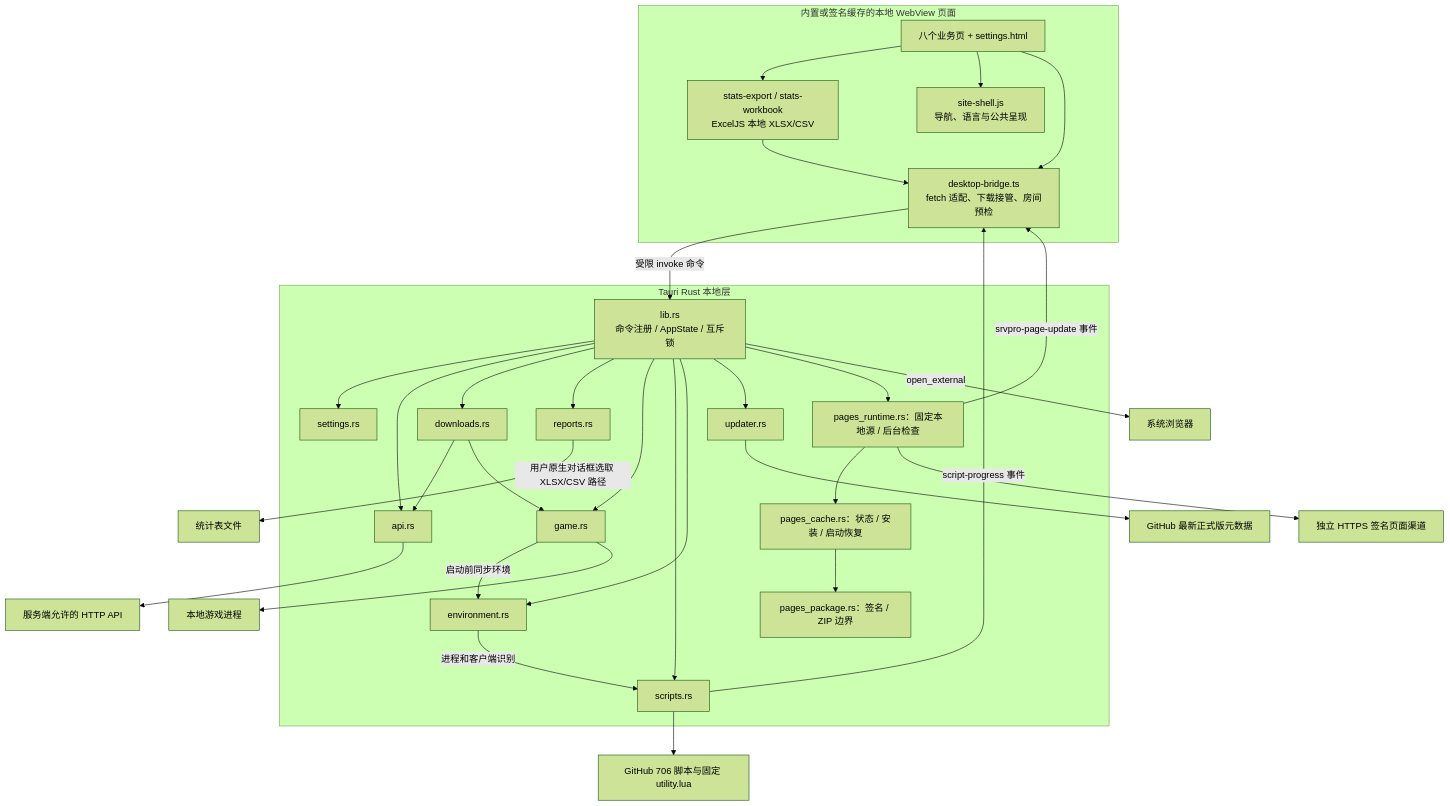
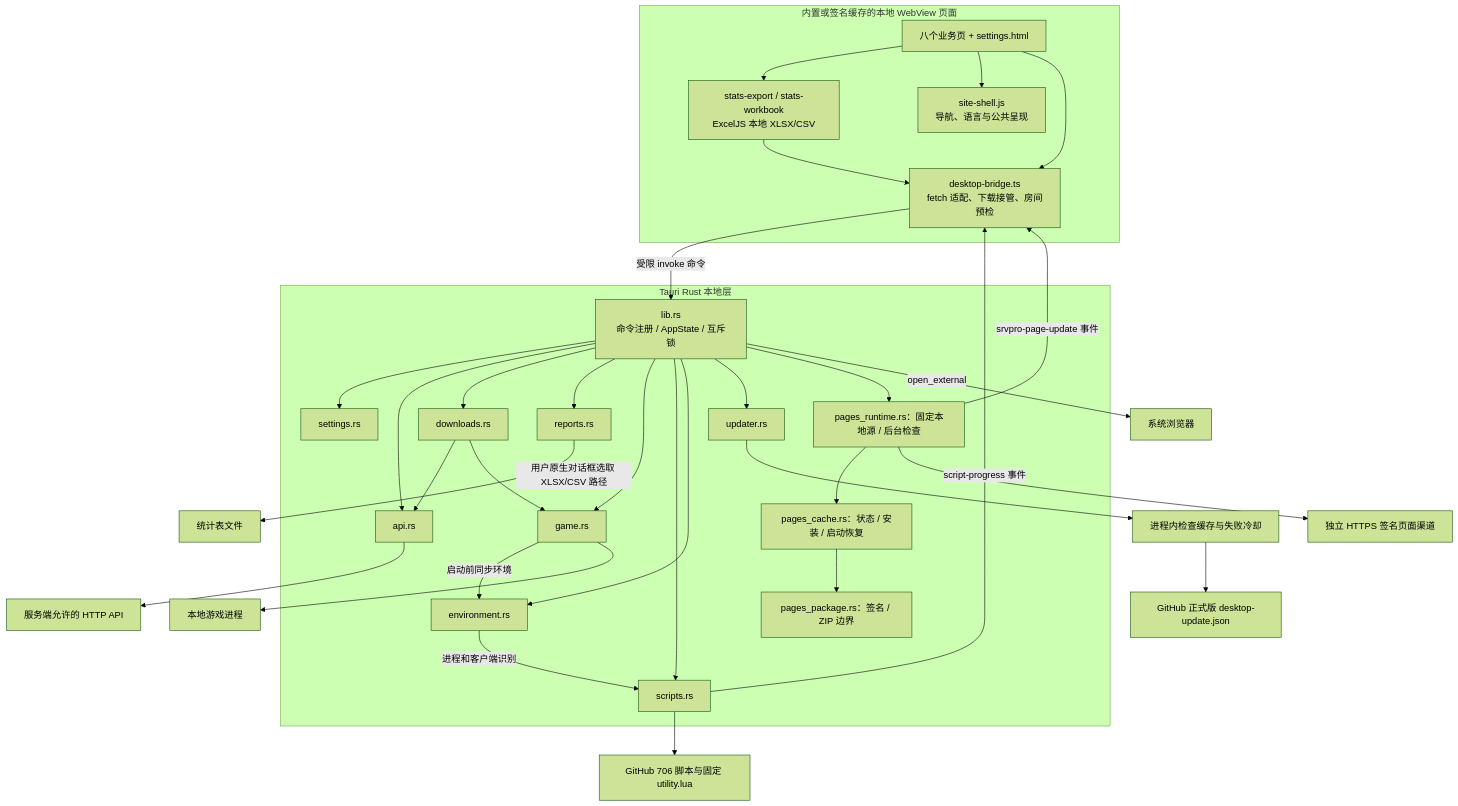
The second of 8 diagrams in docs/ARCHITECTURE.md (301zrg/srvprotianti-desktop), drawn with Mermaid (forest theme) before and after one commit. The commit also changed other lines of this file and 16 other files, not shown here.

Commit message:
Use static release manifests for desktop update checks

````diff
--- a/docs/ARCHITECTURE.md
+++ b/docs/ARCHITECTURE.md
@@ -48,52 +48,53 @@
 ```mermaid
 flowchart TB
     subgraph UI[内置或签名缓存的本地 WebView 页面]
         Pages["八个业务页 + settings.html"]
         Shell["site-shell.js<br/>导航、语言与公共呈现"]
         Bridge["desktop-bridge.ts<br/>fetch 适配、下载接管、房间预检"]
         Workbook["stats-export / stats-workbook<br/>ExcelJS 本地 XLSX/CSV"]
         Pages --> Workbook
         Workbook --> Bridge
         Pages --> Shell
         Pages --> Bridge
     end
     subgraph Native[Tauri Rust 本地层]
         Entry["lib.rs<br/>命令注册 / AppState / 互斥锁"]
         Settings[settings.rs]
         Api[api.rs]
         Download[downloads.rs]
         Reports[reports.rs]
         Game[game.rs]
         Script[scripts.rs]
         Env[environment.rs]
         Update[updater.rs]
         PageRuntime[pages_runtime.rs：固定本地源 / 后台检查]
         PageCache[pages_cache.rs：状态 / 安装 / 启动恢复]
         PagePackage[pages_package.rs：签名 / ZIP 边界]
         Entry --> Settings
         Entry --> Api
         Entry --> Download
         Entry --> Reports
         Entry --> Game
         Entry --> Script
         Entry --> Env
         Entry --> Update
         Entry --> PageRuntime
         PageRuntime --> PageCache
         PageCache --> PagePackage
         Download --> Api
         Download --> Game
         Game -->|启动前同步环境| Env
         Env -->|进程和客户端识别| Script
     end
     Bridge -->|受限 invoke 命令| Entry
     Script -->|script-progress 事件| Bridge
     Api --> HTTP[服务端允许的 HTTP API]
     Script --> Git[GitHub 706 脚本与固定 utility.lua]
-    Update --> Release[GitHub 最新正式版元数据]
+    Update --> Cache[进程内检查缓存与失败冷却]
+    Cache --> Release[GitHub 正式版 desktop-update.json]
     PageRuntime --> PageChannel[独立 HTTPS 签名页面渠道]
     PageRuntime -->|srvpro-page-update 事件| Bridge
     Game --> Process[本地游戏进程]
     Reports -->|用户原生对话框选取 XLSX/CSV 路径| Csv[统计表文件]
     Entry -->|open_external| Browser[系统浏览器]
 ```
````
